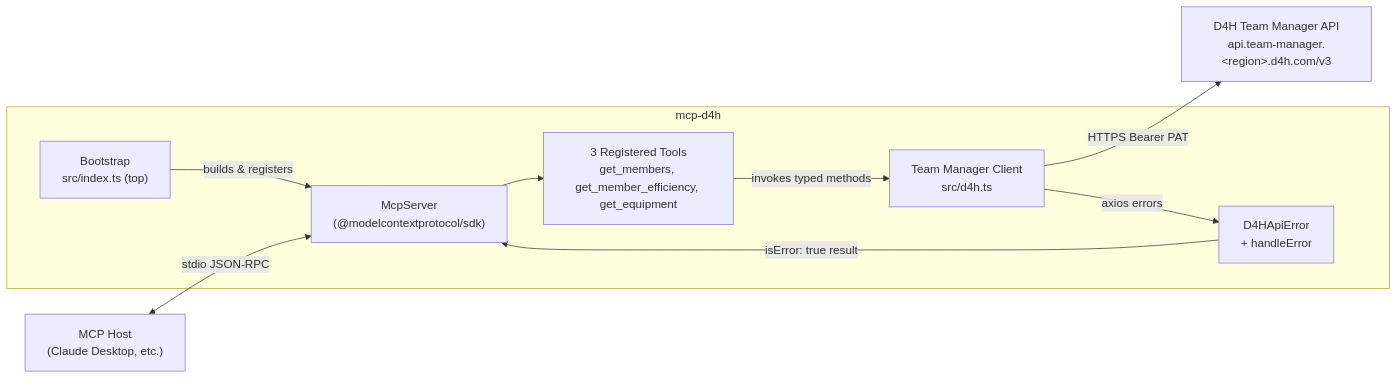
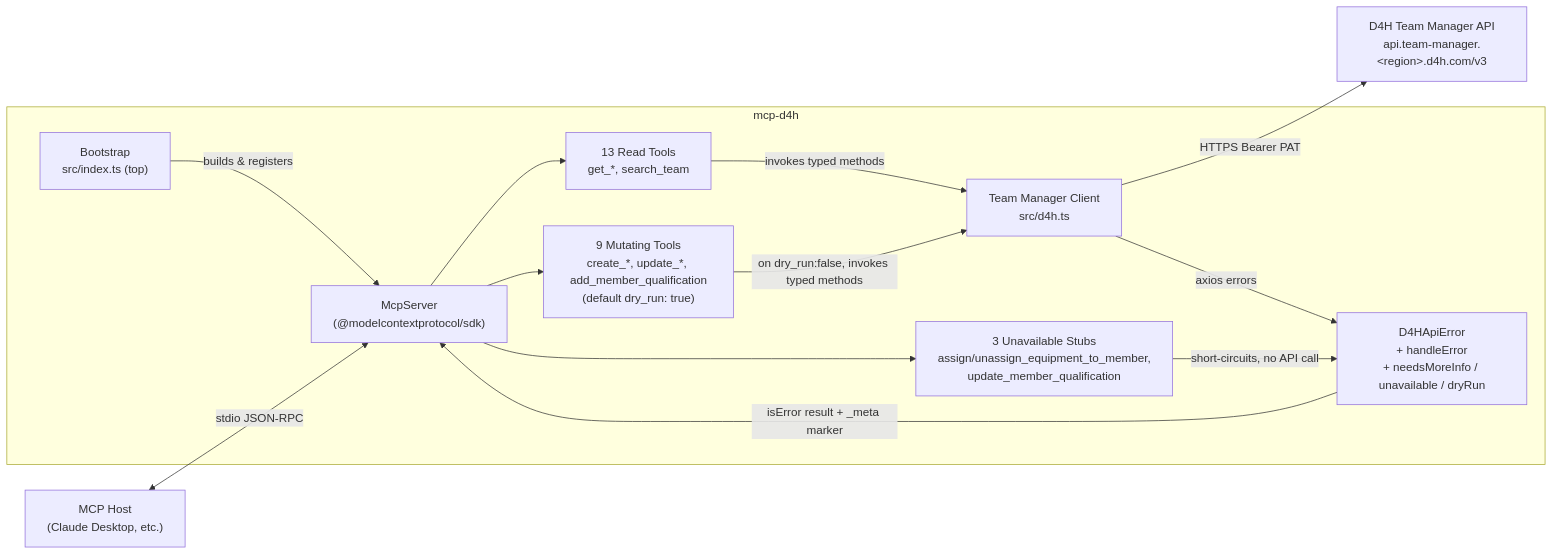
One commit to gfnord/mcp-d4h changed the first of 3 diagrams in docs/architecture.md. Above: the diagram before and after it, drawn with Mermaid. The commit also changed other lines of this file and 2 other files, not shown here.

First line of the commit message:
docs: sync architecture, development, claude-desktop to v0.3.0

````diff
--- a/docs/architecture.md
+++ b/docs/architecture.md
@@ -15,22 +15,28 @@
 ```mermaid
 flowchart LR
     Host["MCP Host<br/>(Claude Desktop, etc.)"]
 
     subgraph mcp-d4h
       Boot["Bootstrap<br/>src/index.ts (top)"]
       Server["McpServer<br/>(@modelcontextprotocol/sdk)"]
-      Tools["3 Registered Tools<br/>get_members, get_member_efficiency, get_equipment"]
+      ReadTools["13 Read Tools<br/>get_*, search_team"]
+      MutTools["9 Mutating Tools<br/>create_*, update_*, add_member_qualification<br/>(default dry_run: true)"]
+      Stubs["3 Unavailable Stubs<br/>assign/unassign_equipment_to_member,<br/>update_member_qualification"]
       Client["Team Manager Client<br/>src/d4h.ts"]
-      ErrModel["D4HApiError<br/>+ handleError"]
+      ErrModel["D4HApiError<br/>+ handleError<br/>+ needsMoreInfo / unavailable / dryRun"]
     end
 
     TM["D4H Team Manager API<br/>api.team-manager.&lt;region&gt;.d4h.com/v3"]
 
     Host <-- stdio JSON-RPC --> Server
     Boot -->|builds & registers| Server
-    Server --> Tools
-    Tools -->|invokes typed methods| Client
+    Server --> ReadTools
+    Server --> MutTools
+    Server --> Stubs
+    ReadTools -->|invokes typed methods| Client
+    MutTools -->|on dry_run:false, invokes typed methods| Client
+    Stubs -->|short-circuits, no API call| ErrModel
     Client -->|HTTPS Bearer PAT| TM
     Client -->|axios errors| ErrModel
-    ErrModel -->|isError: true result| Server
+    ErrModel -->|isError result + _meta marker| Server
 ```
````
